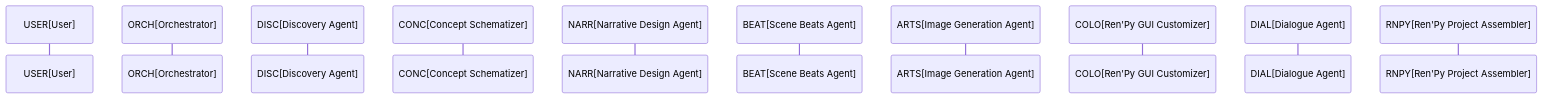
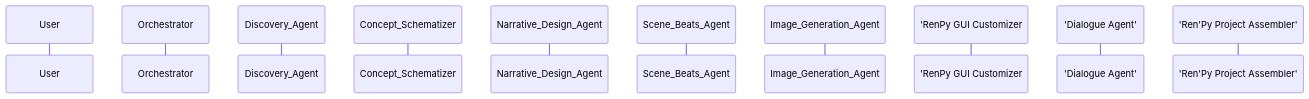
The diagram in README.md (danglenzig/KARLA_PROD), drawn with Mermaid before and after one commit.

````diff
--- a/README.md
+++ b/README.md
@@ -108,13 +108,13 @@
 ```mermaid
 sequenceDiagram
-    participant USER[User]
-    participant ORCH[Orchestrator]
-    participant DISC[Discovery Agent]
-    participant CONC[Concept Schematizer]
-    participant NARR[Narrative Design Agent]
-    participant BEAT[Scene Beats Agent]
-    participant ARTS[Image Generation Agent]
-    participant COLO[Ren'Py GUI Customizer]
-    participant DIAL[Dialogue Agent]
-    participant RNPY[Ren'Py Project Assembler]
+    participant USER as User
+    participant ORCH as Orchestrator
+    participant DISC as Discovery_Agent
+    participant CONC as Concept_Schematizer
+    participant NARR as Narrative_Design_Agent
+    participant BEAT as Scene_Beats_Agent
+    participant ARTS as Image_Generation_Agent
+    participant COLO as 'RenPy GUI Customizer
+    participant DIAL as 'Dialogue Agent'
+    participant RNPY as 'Ren'Py Project Assembler'
 ```
````
